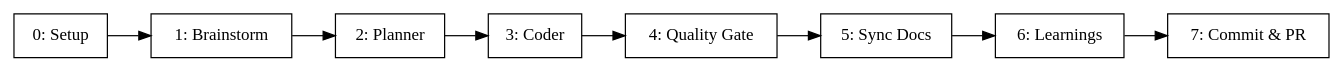
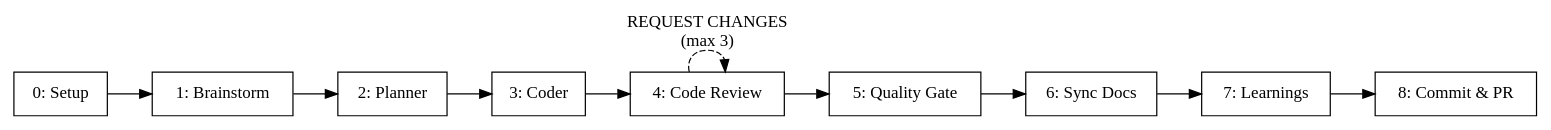
One commit to vertexcover-io/harness-engineering changed the diagram in skills/orchestrate/SKILL.md. Above: the diagram before and after it, drawn with Graphviz. The commit also changed other lines of this file and 1 other file, not shown here.

First line of the commit message:
feat: add code review loop to orchestrate pipeline (VER-45)

````diff
--- a/skills/orchestrate/SKILL.md
+++ b/skills/orchestrate/SKILL.md
@@ -174,18 +178,20 @@
 ```dot
 digraph pipeline {
   rankdir=LR
   node [shape=box]
 
   stage_0 [label="0: Setup"]
   stage_1 [label="1: Brainstorm"]
   stage_2 [label="2: Planner"]
   stage_3 [label="3: Coder"]
-  stage_4 [label="4: Quality Gate"]
-  stage_5 [label="5: Sync Docs"]
-  stage_6 [label="6: Learnings"]
-  stage_7 [label="7: Commit & PR"]
+  stage_4 [label="4: Code Review"]
+  stage_5 [label="5: Quality Gate"]
+  stage_6 [label="6: Sync Docs"]
+  stage_7 [label="7: Learnings"]
+  stage_8 [label="8: Commit & PR"]
 
   stage_0 -> stage_1 -> stage_2 -> stage_3
-  stage_3 -> stage_4 -> stage_5 -> stage_6 -> stage_7
+  stage_3 -> stage_4 -> stage_5 -> stage_6 -> stage_7 -> stage_8
+  stage_4 -> stage_4 [label="REQUEST CHANGES\n(max 3)" style=dashed]
 }
 ```
````
